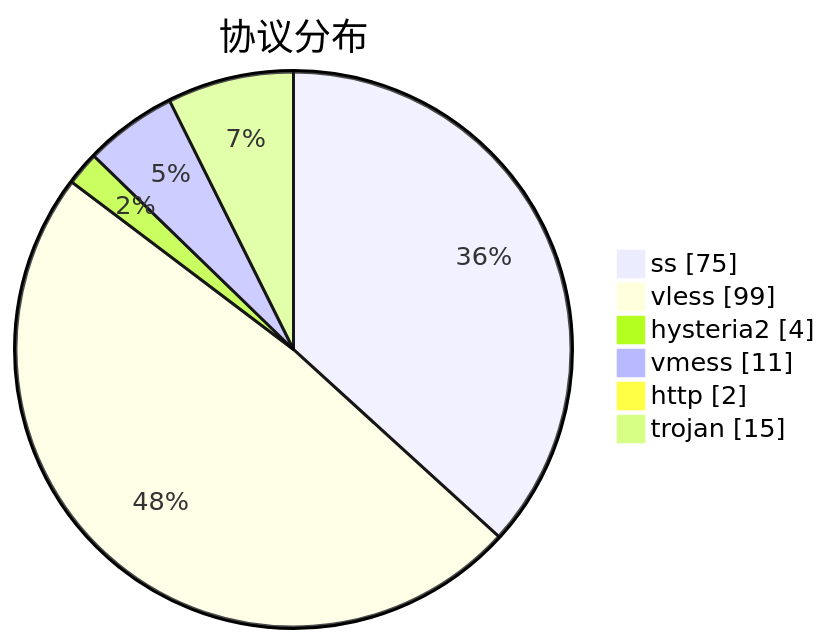
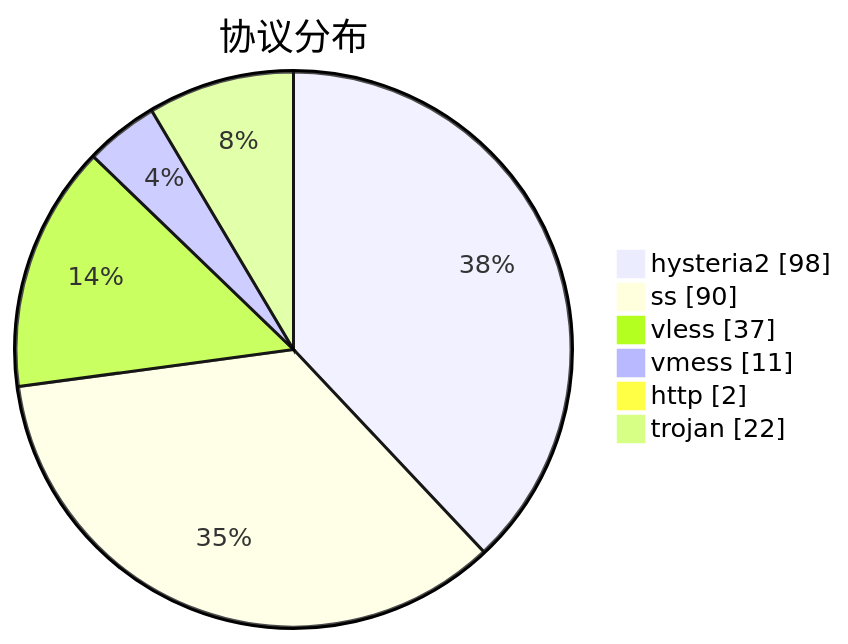
The third of 3 diagrams in subs/statistics/tested_within.md (sinspired/airport), drawn with Mermaid before and after one commit. The commit also changed other lines of this file and 2 other files, not shown here.

````diff
--- a/subs/statistics/tested_within.md
+++ b/subs/statistics/tested_within.md
@@ -41,10 +42,10 @@
 ```mermaid
 pie showData
 title 协议分布
-"ss" : 75
-"vless" : 99
-"hysteria2" : 4
+"hysteria2" : 98
+"ss" : 90
+"vless" : 37
 "vmess" : 11
 "http" : 2
-"trojan" : 15
+"trojan" : 22
 ```
````
